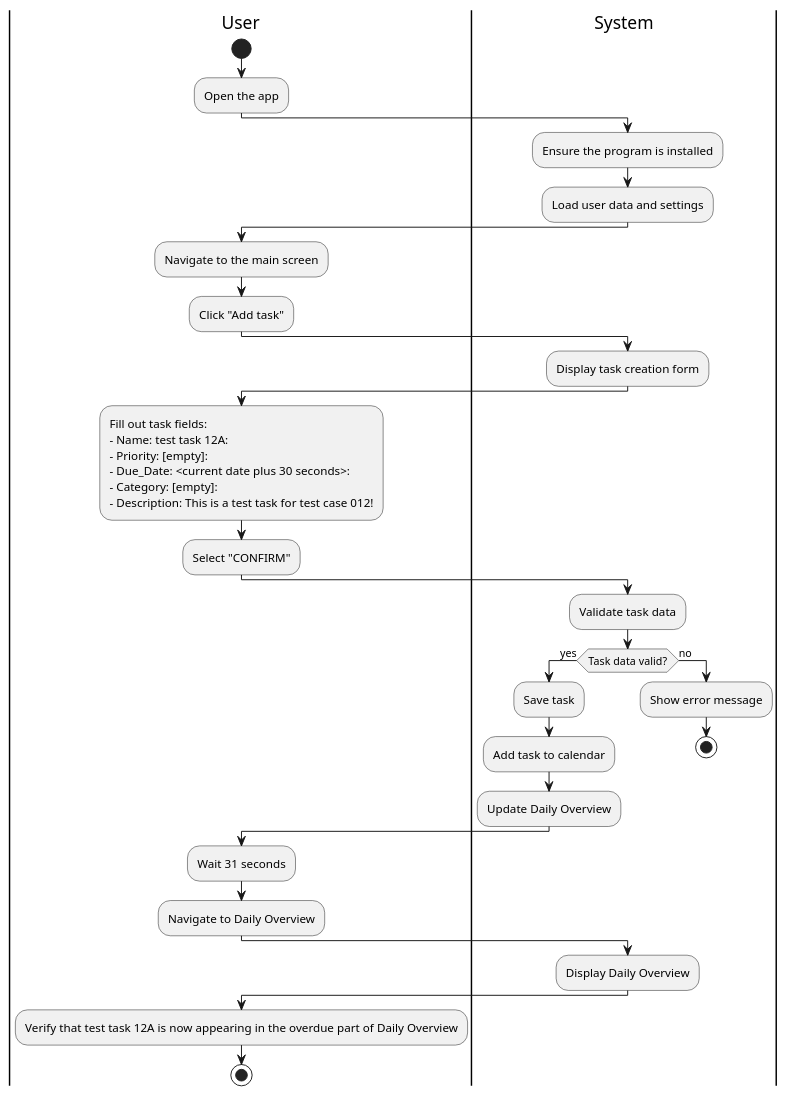
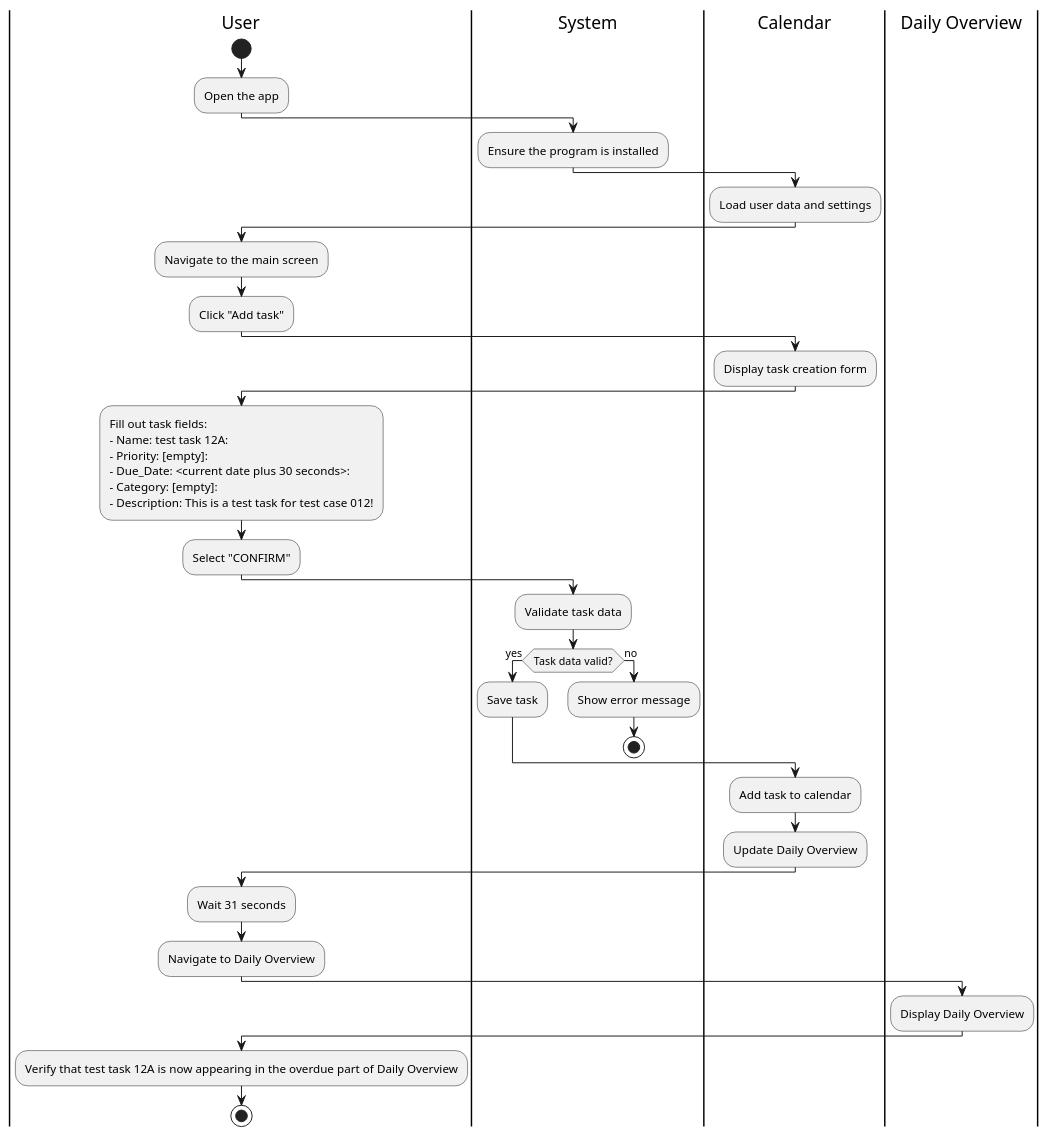
One commit to CS361-2024Fall-Term/Innovators changed the diagram in assignment7/Overdue_tasks.puml. Above: the diagram before and after it, drawn with PlantUML.

Commit message:
Update Overdue_tasks.puml
added new swimlanes

```diff
--- a/assignment7/Overdue_tasks.puml
+++ b/assignment7/Overdue_tasks.puml
@@ -2,52 +2,56 @@
 @startuml Daily_Overview
 |User|
 start
 :Open the app;
 
 |System|
 :Ensure the program is installed;
+
+|Calendar|
 :Load user data and settings;
 
 |User|
 :Navigate to the main screen;
 :Click "Add task";
 
-|System|
+|Calendar|
 :Display task creation form;
 
 |User|
 :Fill out task fields:
 - Name: test task 12A:
 - Priority: [empty]:
 - Due_Date: <current date plus 30 seconds>:
 - Category: [empty]:
 - Description: This is a test task for test case 012!;
 
 :Select "CONFIRM";
 
 |System|
 :Validate task data;
 
 |System|
 if (Task data valid?) then (yes)
   :Save task;
-  :Add task to calendar;
-  :Update Daily Overview;
 else (no)
   :Show error message;
   stop
 endif
+
+|Calendar|
+:Add task to calendar;
+:Update Daily Overview;
 
 |User|
 :Wait 31 seconds;
 
 |User|
 :Navigate to Daily Overview;
 
-|System|
+|Daily Overview|
 :Display Daily Overview;
 
 |User|
 :Verify that test task 12A is now appearing in the overdue part of Daily Overview;
 stop
 @enduml
```
